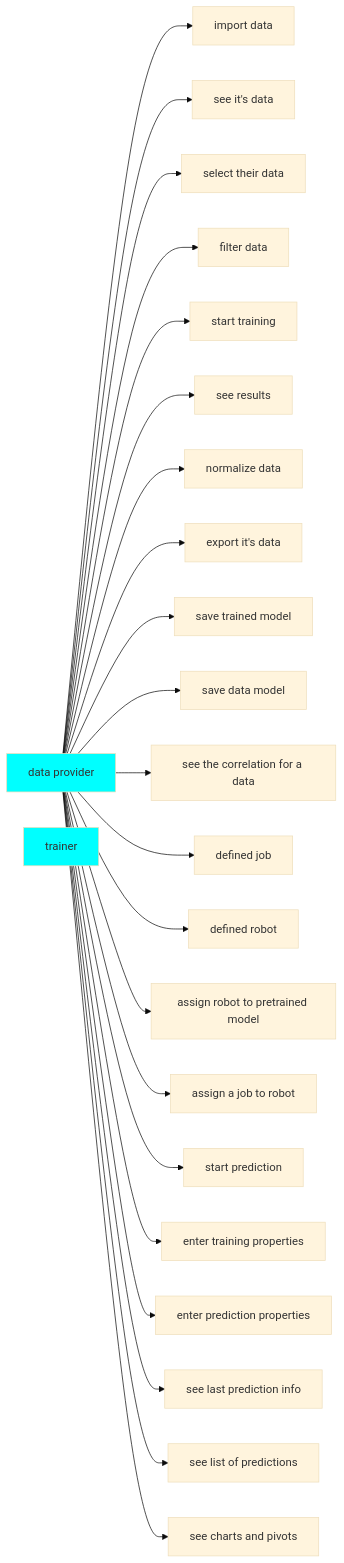
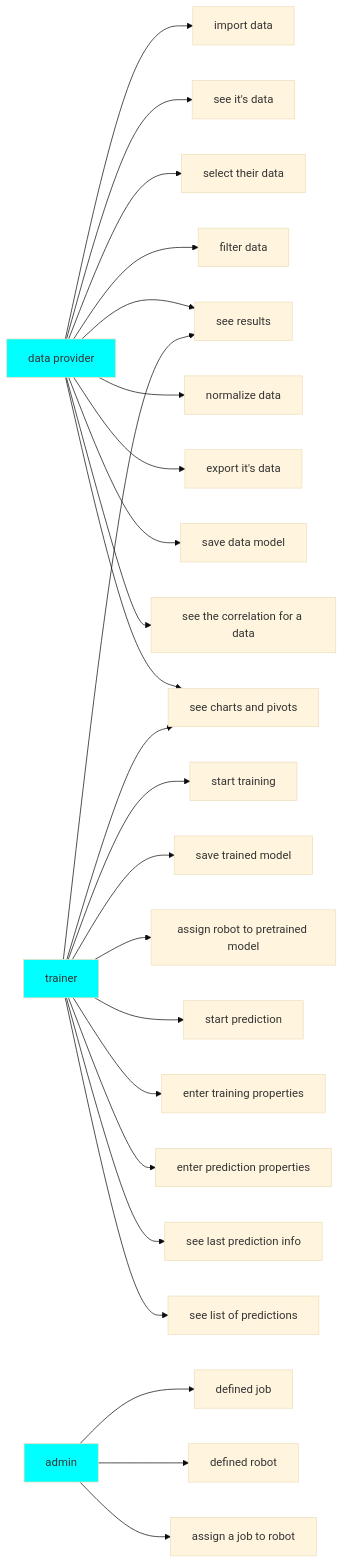
One commit to imiiii/Wiki-For-ML-Project changed the third of 3 diagrams in Test/SubPage.md. Above: the diagram before and after it, drawn with Mermaid (base theme).

Commit message:
Updated SubPage

```diff
--- a/Test/SubPage.md
+++ b/Test/SubPage.md
@@ -26,29 +26,34 @@
 ::: mermaid
 graph LR;
 style id1 fill:#00FFFF
 style xd1 fill:#00FFFF
+style ad1 fill:#00FFFF
+
 xd1[trainer]
+ad1[admin]
     id1[data provider]  
 id1 --> id2[import data]
 id1-->id3[see it's data]
 id1-->id4[select their data]
 id1-->id5[filter data]
-id1-->id6[start training]
+xd1-->id6[start training]
 id1-->id7[see results]
 id1-->id8[normalize data]
 id1-->id9[export it's data]
-id1-->id10[save trained model]
+xd1-->id10[save trained model]
 id1-->id11[save data model]
 id1-->id12[see the correlation for a data]
-id1-->id13[defined job]
-id1-->id14[defined robot]
-id1-->id15[assign robot to pretrained model]
-id1-->id16[assign a job to robot]
-id1-->id17[start prediction]
-id1-->id18[enter training properties]
-id1-->id19[enter prediction properties]
-id1-->id20[see last prediction info]
-id1-->id21[see list of predictions]
+ad1-->id13[defined job]
+ad1-->id14[defined robot]
+xd1-->id15[assign robot to pretrained model]
+ad1-->id16[assign a job to robot]
+xd1-->id17[start prediction]
+xd1-->id18[enter training properties]
+xd1-->id19[enter prediction properties]
+xd1-->id20[see last prediction info]
+xd1-->id21[see list of predictions]
 id1-->id22[see charts and pivots]
+xd1-->id22[see charts and pivots]
+xd1-->id7[see results]
 
 :::
```
